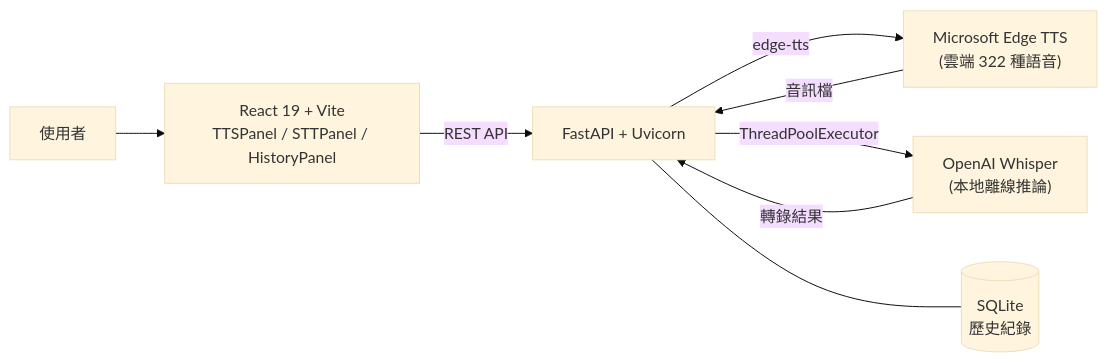
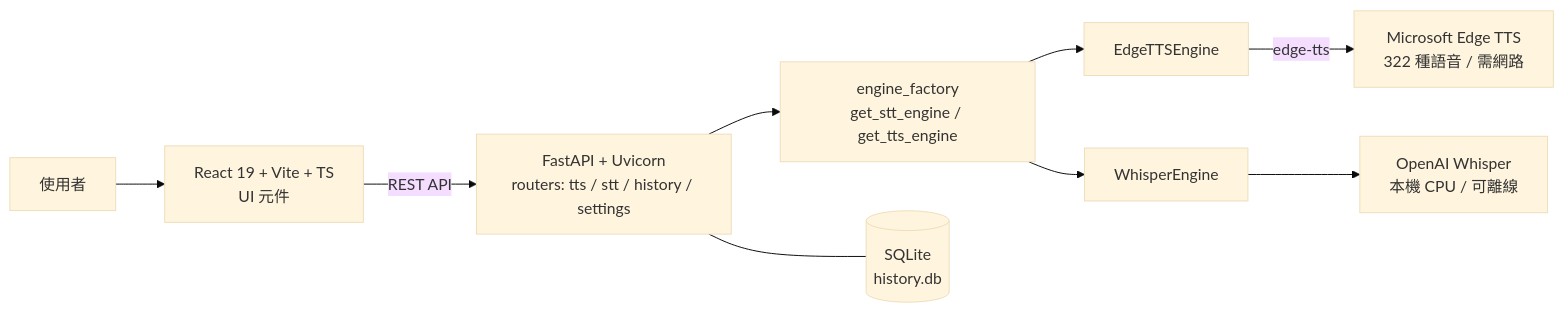
One commit to a920604a/engineernews changed the first of 2 diagrams in src/content/posts/tech/2026-04-23-stt-tts-unified.md. Above: the diagram before and after it, drawn with Mermaid (base theme). The commit also changed other lines of this file and 468 other files, not shown here.

````diff
--- a/src/content/posts/tech/2026-04-23-stt-tts-unified.md
+++ b/src/content/posts/tech/2026-04-23-stt-tts-unified.md
@@ -37,10 +46,11 @@
 ```mermaid
 graph LR
-  User["使用者"] --> FE["React 19 + Vite\nTTSPanel / STTPanel / HistoryPanel"]
-  FE -->|"REST API"| API["FastAPI + Uvicorn"]
-  API -->|"edge-tts"| MS["Microsoft Edge TTS\n(雲端 322 種語音)"]
-  API -->|"ThreadPoolExecutor"| Whisper["OpenAI Whisper\n(本地離線推論)"]
-  API --- DB[("SQLite\n歷史紀錄")]
-  MS -->|"音訊檔"| API
-  Whisper -->|"轉錄結果"| API
+  User["使用者"] --> FE["React 19 + Vite + TS<br/>UI 元件"]
+  FE -->|REST API| API["FastAPI + Uvicorn<br/>routers: tts / stt / history / settings"]
+  API --> Factory["engine_factory<br/>get_stt_engine / get_tts_engine"]
+  Factory --> TTSE["EdgeTTSEngine"]
+  Factory --> STTE["WhisperEngine"]
+  TTSE -->|edge-tts| MS["Microsoft Edge TTS<br/>322 種語音 / 需網路"]
+  STTE --> WH["OpenAI Whisper<br/>本機 CPU / 可離線"]
+  API --- DB[("SQLite<br/>history.db")]
 ```
````
